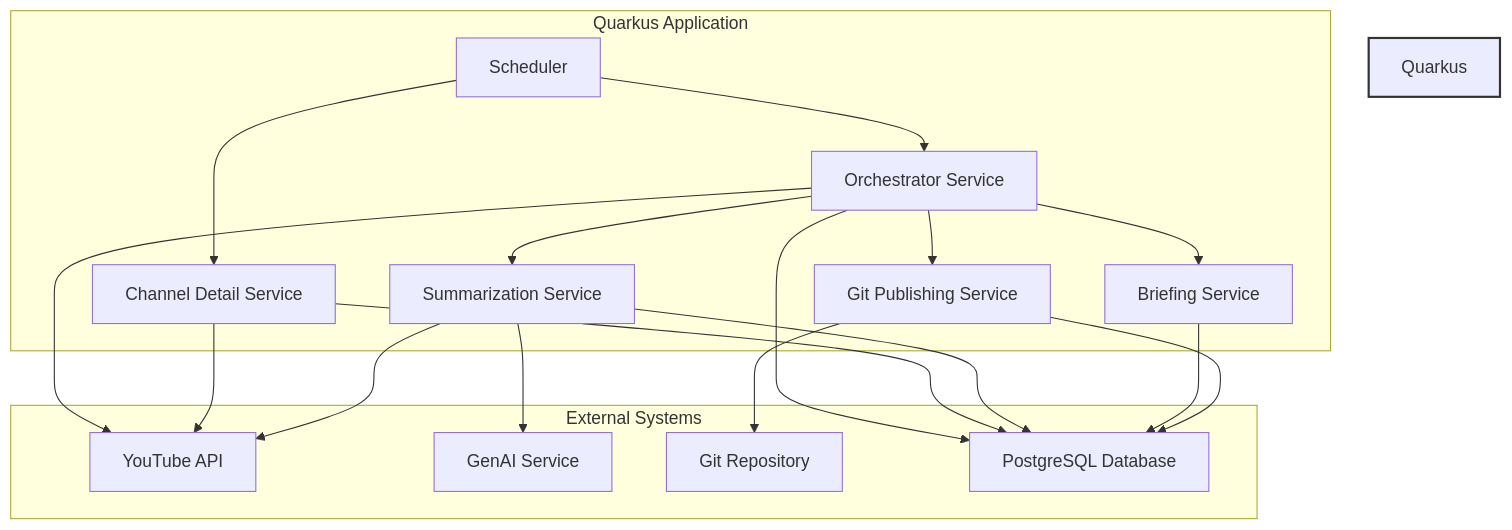
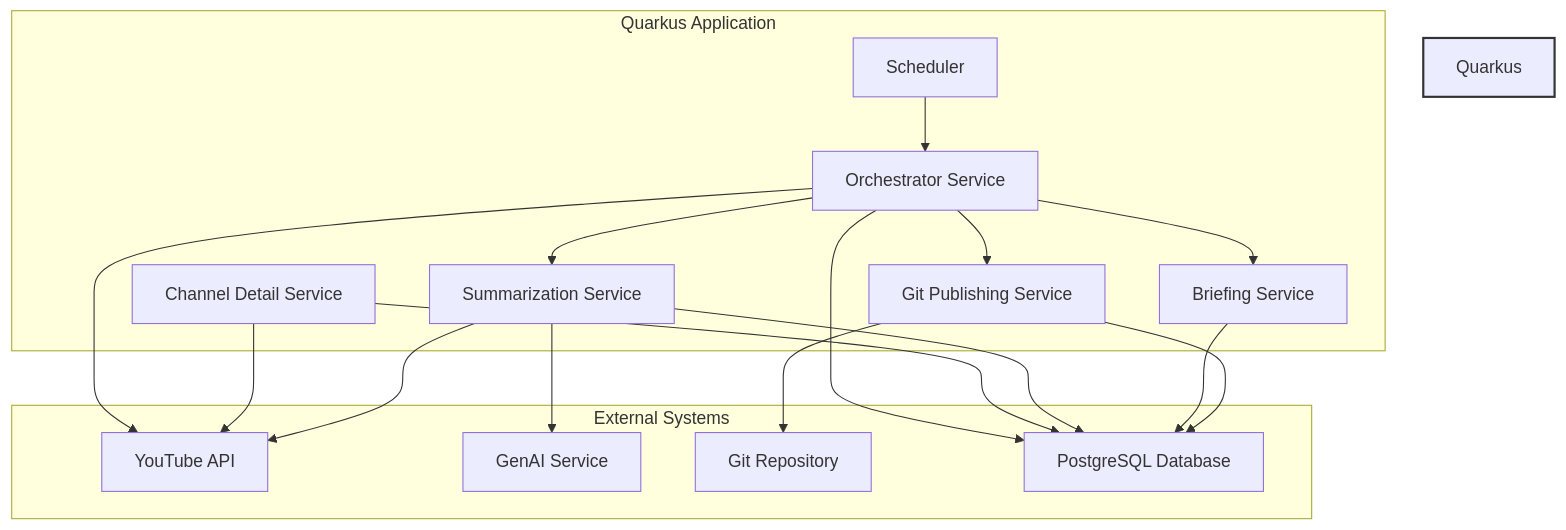
One commit to sjuresa/povzetkar changed the diagram in docs/overview/architecture_overview.md. Above: the diagram before and after it, drawn with Mermaid. The commit also changed other lines of this file, not shown here.

````diff
--- a/docs/overview/architecture_overview.md
+++ b/docs/overview/architecture_overview.md
@@ -17,31 +17,31 @@
 ```mermaid
 graph TD
     subgraph Quarkus Application
         A[Scheduler] --> B[Orchestrator Service];
-        A --> C[Channel Detail Service];
+        C[Channel Detail Service];
         B --> D[Summarization Service];
         B --> E[Briefing Service];
         B --> F[Git Publishing Service];
     end
 
     subgraph External Systems
         G[YouTube API]
         I[GenAI Service]
         J[Git Repository]
         H[PostgreSQL Database]
     end
 
     B --> G;
     C --> G;
     D --> G;
     D --> I;
     F --> J;
 
     B --> H;
     C --> H;
     D --> H;
     E --> H;
     F --> H;
 
     style Quarkus Application fill:#f9f,stroke:#333,stroke-width:2px
 ```
````
